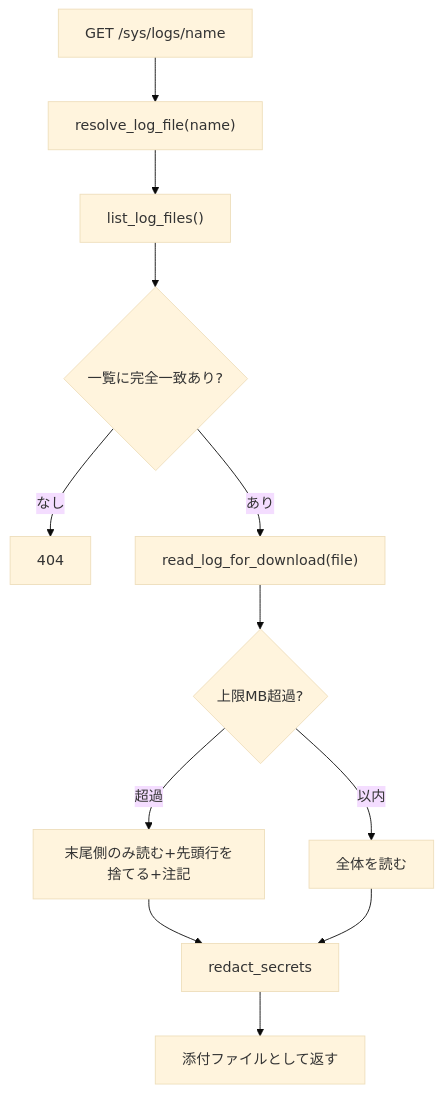
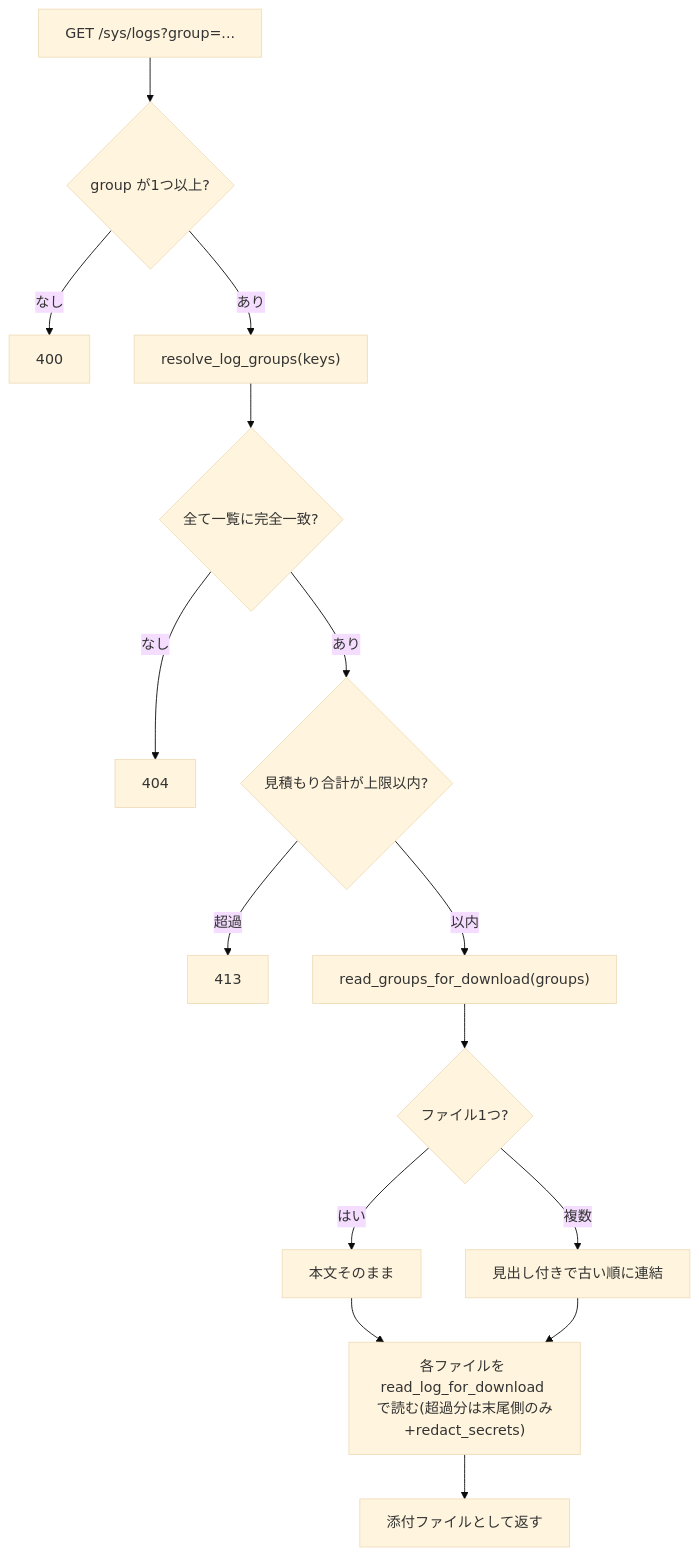
One commit to mmtigers/my_python_project changed the first of 2 diagrams in docs/specifications/MY_HOME_SYSTEM/log_download_service.md. Above: the diagram before and after it, drawn with Mermaid (base theme). The commit also changed other lines of this file and 10 other files, not shown here.

````diff
--- a/docs/specifications/MY_HOME_SYSTEM/log_download_service.md
+++ b/docs/specifications/MY_HOME_SYSTEM/log_download_service.md
@@ -102,14 +137,17 @@
 ```mermaid
 flowchart TD
-    Req["GET /sys/logs/name"] --> Resolve["resolve_log_file(name)"]
-    Resolve --> List["list_log_files()"]
-    List --> Match{"一覧に完全一致あり?"}
+    Req["GET /sys/logs?group=..."] --> Sel{"group が1つ以上?"}
+    Sel -- "なし" --> Bad["400"]
+    Sel -- "あり" --> Resolve["resolve_log_groups(keys)"]
+    Resolve --> Match{"全て一覧に完全一致?"}
     Match -- "なし" --> NotFound["404"]
-    Match -- "あり" --> Read["read_log_for_download(file)"]
-    Read --> Size{"上限MB超過?"}
-    Size -- "超過" --> Tail["末尾側のみ読む+先頭行を捨てる+注記"]
-    Size -- "以内" --> Whole["全体を読む"]
-    Tail --> Redact["redact_secrets"]
-    Whole --> Redact
+    Match -- "あり" --> Total{"見積もり合計が上限以内?"}
+    Total -- "超過" --> TooBig["413"]
+    Total -- "以内" --> Read["read_groups_for_download(groups)"]
+    Read --> One{"ファイル1つ?"}
+    One -- "はい" --> Plain["本文そのまま"]
+    One -- "複数" --> Join["見出し付きで古い順に連結"]
+    Plain --> Redact["各ファイルを read_log_for_download で読む(超過分は末尾側のみ+redact_secrets)"]
+    Join --> Redact
     Redact --> Resp["添付ファイルとして返す"]
 ```
````
